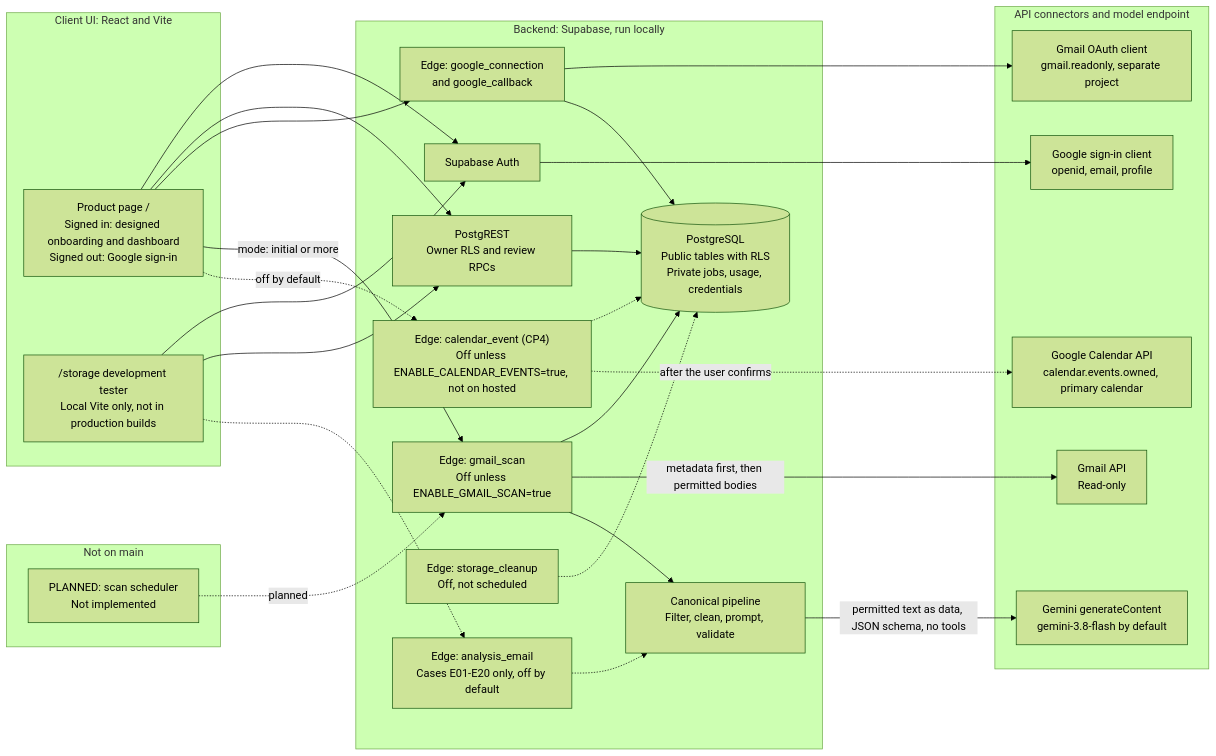
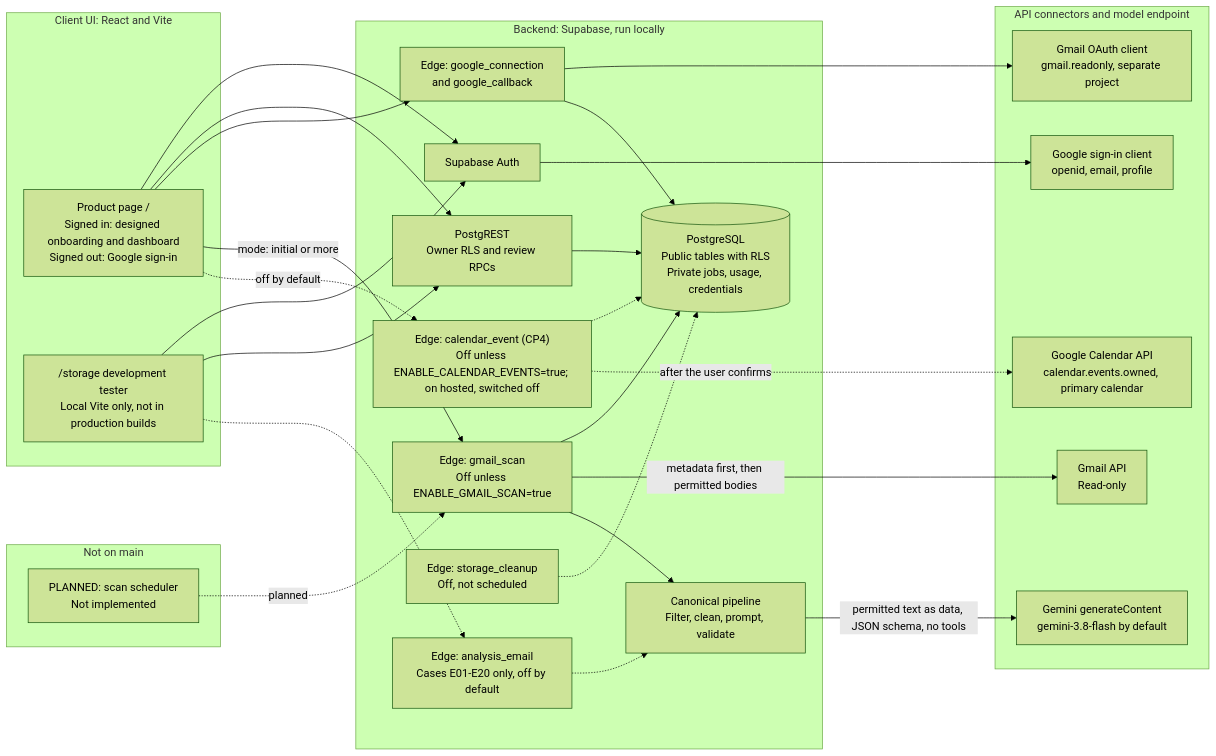
Before and after one commit to saniashah012/InboxToTask: the first of 2 diagrams in Checkpoint 3/docs/architecture.md, drawn with Mermaid (forest theme). The commit also changed other lines of this file and 15 other files, not shown here.

First line of the commit message:
Record the November 16 hosted Calendar changes

````diff
--- a/Checkpoint 3/docs/architecture.md
+++ b/Checkpoint 3/docs/architecture.md
@@ -21,53 +21,53 @@
 ```mermaid
 flowchart LR
   subgraph Client["Client UI: React and Vite"]
     Product["Product page /<br/>Signed in: designed onboarding and dashboard<br/>Signed out: Google sign-in"]
     Dev["/storage development tester<br/>Local Vite only, not in production builds"]
   end
 
   subgraph Backend["Backend: Supabase, run locally"]
     Auth["Supabase Auth"]
     Rest["PostgREST<br/>Owner RLS and review RPCs"]
     Connect["Edge: google_connection<br/>and google_callback"]
     Scan["Edge: gmail_scan<br/>Off unless ENABLE_GMAIL_SCAN=true"]
     Pipeline["Canonical pipeline<br/>Filter, clean, prompt, validate"]
     Fixture["Edge: analysis_email<br/>Cases E01-E20 only, off by default"]
     Cleanup["Edge: storage_cleanup<br/>Off, not scheduled"]
-    Calendar["Edge: calendar_event (CP4)<br/>Off unless ENABLE_CALENDAR_EVENTS=true, not on hosted"]
+    Calendar["Edge: calendar_event (CP4)<br/>Off unless ENABLE_CALENDAR_EVENTS=true; on hosted, switched off"]
     DB[("PostgreSQL<br/>Public tables with RLS<br/>Private jobs, usage, credentials")]
   end
 
   subgraph External["API connectors and model endpoint"]
     SignIn["Google sign-in client<br/>openid, email, profile"]
     GmailOAuth["Gmail OAuth client<br/>gmail.readonly, separate project"]
     GmailAPI["Gmail API<br/>Read-only"]
     Gemini["Gemini generateContent<br/>gemini-3.8-flash by default"]
     CalendarAPI["Google Calendar API<br/>calendar.events.owned, primary calendar"]
   end
 
   subgraph Absent["Not on main"]
     Scheduler["PLANNED: scan scheduler<br/>Not implemented"]
   end
 
   Product --> Auth
   Dev --> Auth
   Auth --> SignIn
   Product --> Rest
   Dev --> Rest
   Rest --> DB
   Product --> Connect
   Connect --> GmailOAuth
   Connect --> DB
   Product -- "mode: initial or more" --> Scan
   Scan --> DB
   Scan -- "metadata first, then permitted bodies" --> GmailAPI
   Scan --> Pipeline
   Pipeline -- "permitted text as data, JSON schema, no tools" --> Gemini
   Dev -.-> Fixture
   Fixture -.-> Pipeline
   Cleanup -.-> DB
   Scheduler -. "planned" .-> Scan
   Product -. "off by default" .-> Calendar
   Calendar -.-> DB
   Calendar -. "after the user confirms" .-> CalendarAPI
 ```
````
